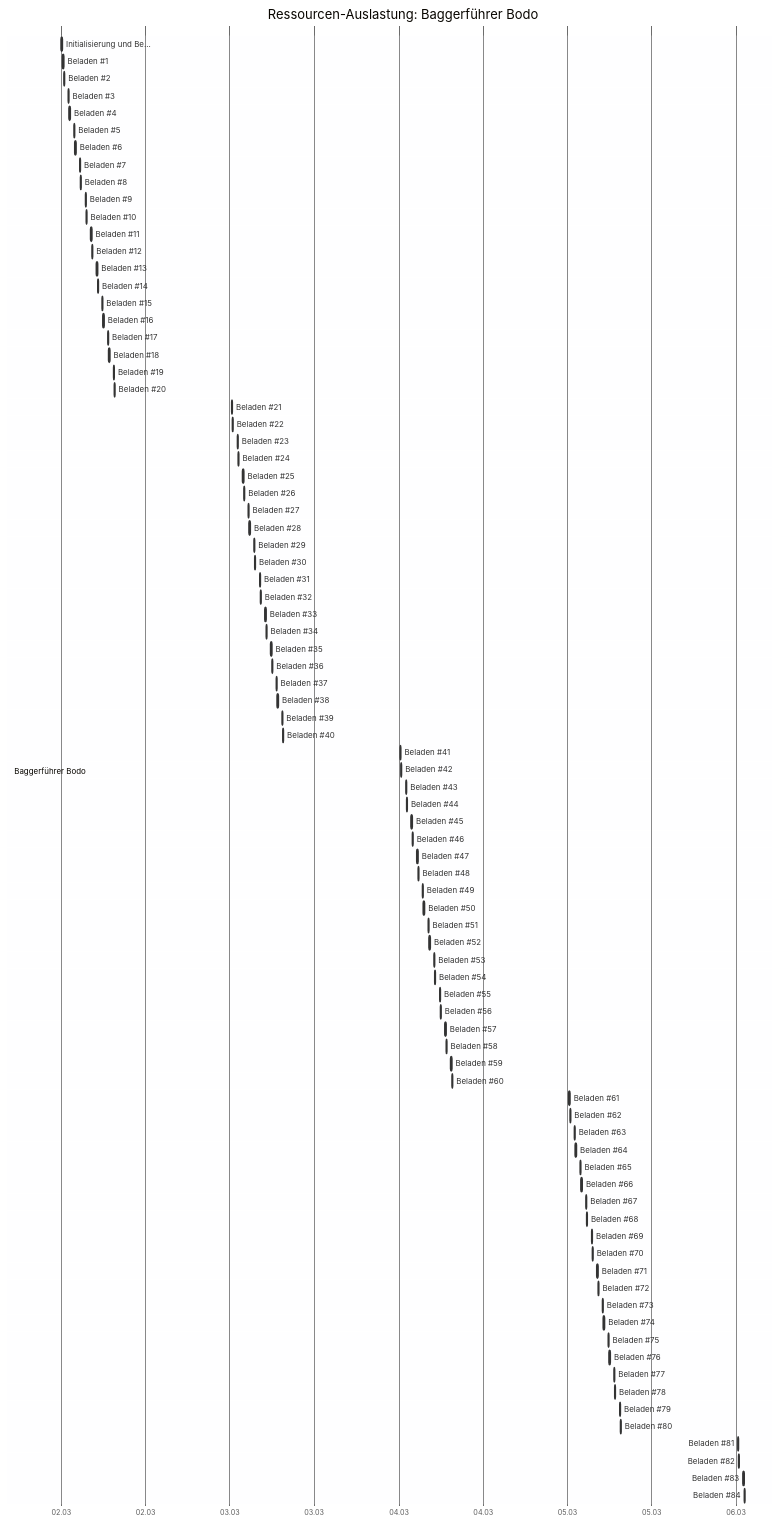
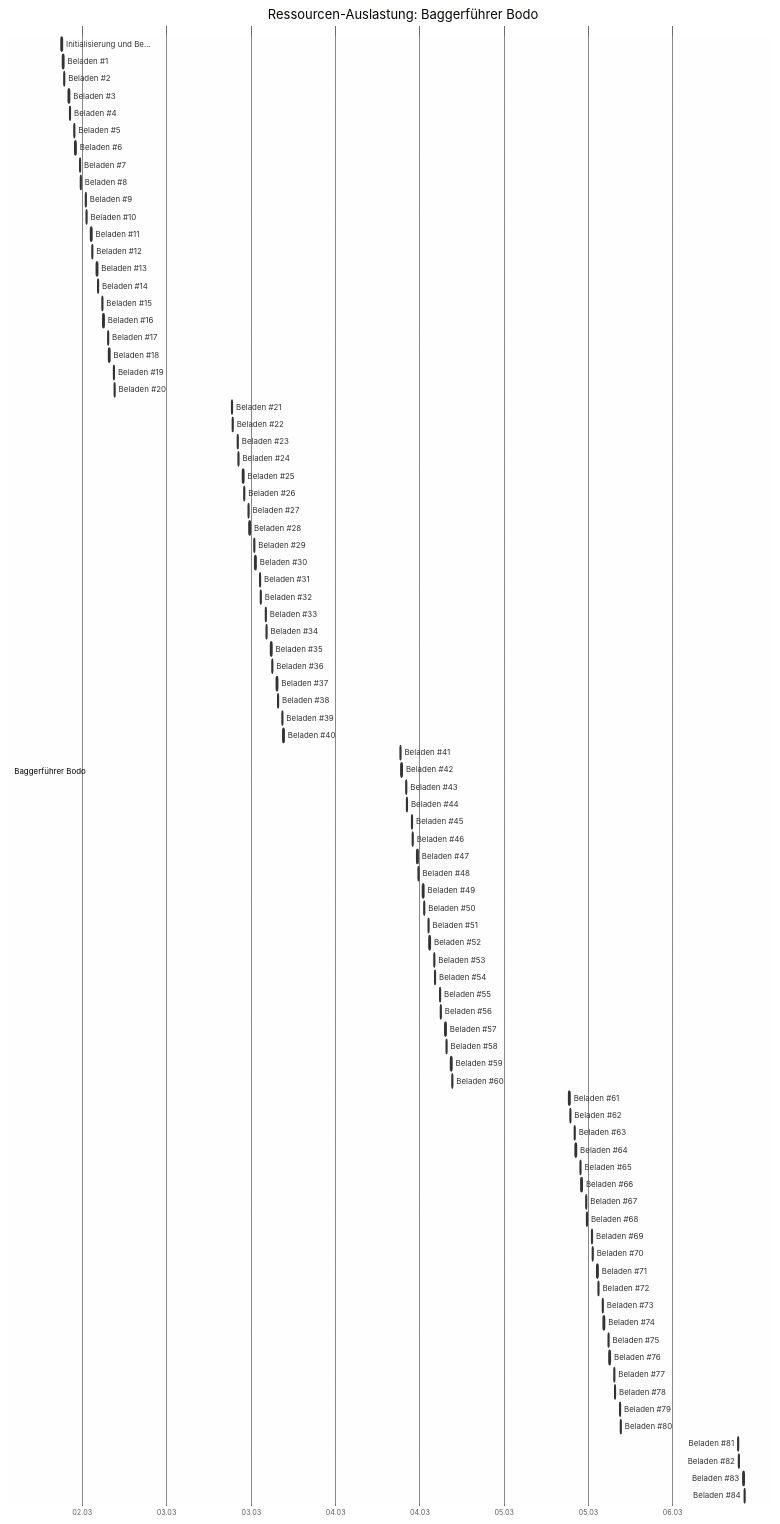
The eighth of 8 diagrams in tests/golden/erdaushub.md (mistamichael/sproject), drawn with Mermaid before and after one commit. The commit also changed other lines of this file and 34 other files, not shown here.

````diff
--- a/tests/golden/erdaushub.md
+++ b/tests/golden/erdaushub.md
@@ -1407,89 +1407,89 @@
 
     section Baggerführer Bodo
 
-    Initialisierung und Be...   :t0, 2026-03-02 00:00, 2026-03-02 00:15
-    Beladen #1                  :t1, 2026-03-02 00:15, 2026-03-02 00:23
-    Beladen #2                  :t2, 2026-03-02 00:23, 2026-03-02 00:30
-    Beladen #3                  :t3, 2026-03-02 01:02, 2026-03-02 01:10
-    Beladen #4                  :t4, 2026-03-02 01:10, 2026-03-02 01:18
-    Beladen #5                  :t5, 2026-03-02 01:50, 2026-03-02 01:58
-    Beladen #6                  :t6, 2026-03-02 01:58, 2026-03-02 02:06
-    Beladen #7                  :t7, 2026-03-02 02:38, 2026-03-02 02:46
-    Beladen #8                  :t8, 2026-03-02 02:46, 2026-03-02 02:54
-    Beladen #9                  :t9, 2026-03-02 03:26, 2026-03-02 03:34
-    Beladen #10                 :t10, 2026-03-02 03:34, 2026-03-02 03:42
-    Beladen #11                 :t11, 2026-03-02 04:14, 2026-03-02 04:23
-    Beladen #12                 :t12, 2026-03-02 04:23, 2026-03-02 04:31
-    Beladen #13                 :t13, 2026-03-02 05:03, 2026-03-02 05:11
-    Beladen #14                 :t14, 2026-03-02 05:11, 2026-03-02 05:19
-    Beladen #15                 :t15, 2026-03-02 05:51, 2026-03-02 05:59
-    Beladen #16                 :t16, 2026-03-02 05:59, 2026-03-02 06:07
-    Beladen #17                 :t17, 2026-03-02 06:39, 2026-03-02 06:47
-    Beladen #18                 :t18, 2026-03-02 06:47, 2026-03-02 06:55
-    Beladen #19                 :t19, 2026-03-02 07:27, 2026-03-02 07:35
-    Beladen #20                 :t20, 2026-03-02 07:35, 2026-03-02 07:43
-    Beladen #21                 :t21, 2026-03-03 00:15, 2026-03-03 00:23
-    Beladen #22                 :t22, 2026-03-03 00:23, 2026-03-03 00:31
-    Beladen #23                 :t23, 2026-03-03 01:03, 2026-03-03 01:11
-    Beladen #24                 :t24, 2026-03-03 01:11, 2026-03-03 01:19
-    Beladen #25                 :t25, 2026-03-03 01:51, 2026-03-03 01:59
-    Beladen #26                 :t26, 2026-03-03 01:59, 2026-03-03 02:06
-    Beladen #27                 :t27, 2026-03-03 02:38, 2026-03-03 02:46
-    Beladen #28                 :t28, 2026-03-03 02:46, 2026-03-03 02:54
-    Beladen #29                 :t29, 2026-03-03 03:26, 2026-03-03 03:34
-    Beladen #30                 :t30, 2026-03-03 03:34, 2026-03-03 03:42
-    Beladen #31                 :t31, 2026-03-03 04:14, 2026-03-03 04:22
-    Beladen #32                 :t32, 2026-03-03 04:22, 2026-03-03 04:30
-    Beladen #33                 :t33, 2026-03-03 05:02, 2026-03-03 05:10
-    Beladen #34                 :t34, 2026-03-03 05:10, 2026-03-03 05:18
-    Beladen #35                 :t35, 2026-03-03 05:50, 2026-03-03 05:58
-    Beladen #36                 :t36, 2026-03-03 05:58, 2026-03-03 06:06
-    Beladen #37                 :t37, 2026-03-03 06:38, 2026-03-03 06:46
-    Beladen #38                 :t38, 2026-03-03 06:46, 2026-03-03 06:54
-    Beladen #39                 :t39, 2026-03-03 07:26, 2026-03-03 07:34
-    Beladen #40                 :t40, 2026-03-03 07:34, 2026-03-03 07:42
-    Beladen #41                 :t41, 2026-03-04 00:14, 2026-03-04 00:22
-    Beladen #42                 :t42, 2026-03-04 00:22, 2026-03-04 00:30
-    Beladen #43                 :t43, 2026-03-04 01:02, 2026-03-04 01:10
-    Beladen #44                 :t44, 2026-03-04 01:10, 2026-03-04 01:18
-    Beladen #45                 :t45, 2026-03-04 01:50, 2026-03-04 01:58
-    Beladen #46                 :t46, 2026-03-04 01:58, 2026-03-04 02:06
-    Beladen #47                 :t47, 2026-03-04 02:38, 2026-03-04 02:46
-    Beladen #48                 :t48, 2026-03-04 02:46, 2026-03-04 02:54
-    Beladen #49                 :t49, 2026-03-04 03:26, 2026-03-04 03:34
-    Beladen #50                 :t50, 2026-03-04 03:34, 2026-03-04 03:42
-    Beladen #51                 :t51, 2026-03-04 04:14, 2026-03-04 04:22
-    Beladen #52                 :t52, 2026-03-04 04:22, 2026-03-04 04:30
-    Beladen #53                 :t53, 2026-03-04 05:02, 2026-03-04 05:10
-    Beladen #54                 :t54, 2026-03-04 05:10, 2026-03-04 05:18
-    Beladen #55                 :t55, 2026-03-04 05:50, 2026-03-04 05:58
-    Beladen #56                 :t56, 2026-03-04 05:58, 2026-03-04 06:06
-    Beladen #57                 :t57, 2026-03-04 06:39, 2026-03-04 06:47
-    Beladen #58                 :t58, 2026-03-04 06:47, 2026-03-04 06:54
-    Beladen #59                 :t59, 2026-03-04 07:27, 2026-03-04 07:35
-    Beladen #60                 :t60, 2026-03-04 07:35, 2026-03-04 07:43
-    Beladen #61                 :t61, 2026-03-05 00:15, 2026-03-05 00:23
-    Beladen #62                 :t62, 2026-03-05 00:23, 2026-03-05 00:31
-    Beladen #63                 :t63, 2026-03-05 01:03, 2026-03-05 01:11
-    Beladen #64                 :t64, 2026-03-05 01:11, 2026-03-05 01:19
-    Beladen #65                 :t65, 2026-03-05 01:51, 2026-03-05 01:59
-    Beladen #66                 :t66, 2026-03-05 01:59, 2026-03-05 02:07
-    Beladen #67                 :t67, 2026-03-05 02:39, 2026-03-05 02:47
-    Beladen #68                 :t68, 2026-03-05 02:47, 2026-03-05 02:55
-    Beladen #69                 :t69, 2026-03-05 03:27, 2026-03-05 03:35
-    Beladen #70                 :t70, 2026-03-05 03:35, 2026-03-05 03:43
-    Beladen #71                 :t71, 2026-03-05 04:15, 2026-03-05 04:23
-    Beladen #72                 :t72, 2026-03-05 04:23, 2026-03-05 04:31
-    Beladen #73                 :t73, 2026-03-05 05:03, 2026-03-05 05:11
-    Beladen #74                 :t74, 2026-03-05 05:11, 2026-03-05 05:19
-    Beladen #75                 :t75, 2026-03-05 05:51, 2026-03-05 05:59
-    Beladen #76                 :t76, 2026-03-05 05:59, 2026-03-05 06:07
-    Beladen #77                 :t77, 2026-03-05 06:39, 2026-03-05 06:47
-    Beladen #78                 :t78, 2026-03-05 06:47, 2026-03-05 06:55
-    Beladen #79                 :t79, 2026-03-05 07:27, 2026-03-05 07:35
-    Beladen #80                 :t80, 2026-03-05 07:35, 2026-03-05 07:43
-    Beladen #81                 :t81, 2026-03-06 00:15, 2026-03-06 00:23
-    Beladen #82                 :t82, 2026-03-06 00:23, 2026-03-06 00:31
-    Beladen #83                 :t83, 2026-03-06 01:03, 2026-03-06 01:11
-    Beladen #84                 :t84, 2026-03-06 01:11, 2026-03-06 01:19
+    Initialisierung und Be...   :t0, 2026-03-02 09:00, 2026-03-02 09:15
+    Beladen #1                  :t1, 2026-03-02 09:15, 2026-03-02 09:23
+    Beladen #2                  :t2, 2026-03-02 09:23, 2026-03-02 09:31
+    Beladen #3                  :t3, 2026-03-02 10:03, 2026-03-02 10:11
+    Beladen #4                  :t4, 2026-03-02 10:11, 2026-03-02 10:19
+    Beladen #5                  :t5, 2026-03-02 10:51, 2026-03-02 10:59
+    Beladen #6                  :t6, 2026-03-02 10:59, 2026-03-02 11:07
+    Beladen #7                  :t7, 2026-03-02 11:39, 2026-03-02 11:47
+    Beladen #8                  :t8, 2026-03-02 11:47, 2026-03-02 11:55
+    Beladen #9                  :t9, 2026-03-02 12:27, 2026-03-02 12:35
+    Beladen #10                 :t10, 2026-03-02 12:35, 2026-03-02 12:43
+    Beladen #11                 :t11, 2026-03-02 13:15, 2026-03-02 13:23
+    Beladen #12                 :t12, 2026-03-02 13:23, 2026-03-02 13:31
+    Beladen #13                 :t13, 2026-03-02 14:03, 2026-03-02 14:11
+    Beladen #14                 :t14, 2026-03-02 14:11, 2026-03-02 14:19
+    Beladen #15                 :t15, 2026-03-02 14:51, 2026-03-02 14:59
+    Beladen #16                 :t16, 2026-03-02 14:59, 2026-03-02 15:07
+    Beladen #17                 :t17, 2026-03-02 15:39, 2026-03-02 15:47
+    Beladen #18                 :t18, 2026-03-02 15:47, 2026-03-02 15:55
+    Beladen #19                 :t19, 2026-03-02 16:27, 2026-03-02 16:35
+    Beladen #20                 :t20, 2026-03-02 16:35, 2026-03-02 16:43
+    Beladen #21                 :t21, 2026-03-03 09:15, 2026-03-03 09:23
+    Beladen #22                 :t22, 2026-03-03 09:23, 2026-03-03 09:31
+    Beladen #23                 :t23, 2026-03-03 10:03, 2026-03-03 10:11
+    Beladen #24                 :t24, 2026-03-03 10:11, 2026-03-03 10:19
+    Beladen #25                 :t25, 2026-03-03 10:51, 2026-03-03 10:59
+    Beladen #26                 :t26, 2026-03-03 10:59, 2026-03-03 11:07
+    Beladen #27                 :t27, 2026-03-03 11:39, 2026-03-03 11:47
+    Beladen #28                 :t28, 2026-03-03 11:47, 2026-03-03 11:55
+    Beladen #29                 :t29, 2026-03-03 12:27, 2026-03-03 12:35
+    Beladen #30                 :t30, 2026-03-03 12:35, 2026-03-03 12:43
+    Beladen #31                 :t31, 2026-03-03 13:15, 2026-03-03 13:23
+    Beladen #32                 :t32, 2026-03-03 13:23, 2026-03-03 13:31
+    Beladen #33                 :t33, 2026-03-03 14:03, 2026-03-03 14:11
+    Beladen #34                 :t34, 2026-03-03 14:11, 2026-03-03 14:19
+    Beladen #35                 :t35, 2026-03-03 14:51, 2026-03-03 14:59
+    Beladen #36                 :t36, 2026-03-03 14:59, 2026-03-03 15:07
+    Beladen #37                 :t37, 2026-03-03 15:39, 2026-03-03 15:47
+    Beladen #38                 :t38, 2026-03-03 15:47, 2026-03-03 15:55
+    Beladen #39                 :t39, 2026-03-03 16:27, 2026-03-03 16:35
+    Beladen #40                 :t40, 2026-03-03 16:35, 2026-03-03 16:43
+    Beladen #41                 :t41, 2026-03-04 09:15, 2026-03-04 09:23
+    Beladen #42                 :t42, 2026-03-04 09:23, 2026-03-04 09:31
+    Beladen #43                 :t43, 2026-03-04 10:03, 2026-03-04 10:11
+    Beladen #44                 :t44, 2026-03-04 10:11, 2026-03-04 10:19
+    Beladen #45                 :t45, 2026-03-04 10:51, 2026-03-04 10:59
+    Beladen #46                 :t46, 2026-03-04 10:59, 2026-03-04 11:07
+    Beladen #47                 :t47, 2026-03-04 11:39, 2026-03-04 11:47
+    Beladen #48                 :t48, 2026-03-04 11:47, 2026-03-04 11:55
+    Beladen #49                 :t49, 2026-03-04 12:27, 2026-03-04 12:35
+    Beladen #50                 :t50, 2026-03-04 12:35, 2026-03-04 12:43
+    Beladen #51                 :t51, 2026-03-04 13:15, 2026-03-04 13:23
+    Beladen #52                 :t52, 2026-03-04 13:23, 2026-03-04 13:31
+    Beladen #53                 :t53, 2026-03-04 14:03, 2026-03-04 14:11
+    Beladen #54                 :t54, 2026-03-04 14:11, 2026-03-04 14:19
+    Beladen #55                 :t55, 2026-03-04 14:51, 2026-03-04 14:59
+    Beladen #56                 :t56, 2026-03-04 14:59, 2026-03-04 15:07
+    Beladen #57                 :t57, 2026-03-04 15:39, 2026-03-04 15:47
+    Beladen #58                 :t58, 2026-03-04 15:47, 2026-03-04 15:55
+    Beladen #59                 :t59, 2026-03-04 16:27, 2026-03-04 16:35
+    Beladen #60                 :t60, 2026-03-04 16:35, 2026-03-04 16:43
+    Beladen #61                 :t61, 2026-03-05 09:15, 2026-03-05 09:23
+    Beladen #62                 :t62, 2026-03-05 09:23, 2026-03-05 09:31
+    Beladen #63                 :t63, 2026-03-05 10:03, 2026-03-05 10:11
+    Beladen #64                 :t64, 2026-03-05 10:11, 2026-03-05 10:19
+    Beladen #65                 :t65, 2026-03-05 10:51, 2026-03-05 10:59
+    Beladen #66                 :t66, 2026-03-05 10:59, 2026-03-05 11:07
+    Beladen #67                 :t67, 2026-03-05 11:39, 2026-03-05 11:47
+    Beladen #68                 :t68, 2026-03-05 11:47, 2026-03-05 11:55
+    Beladen #69                 :t69, 2026-03-05 12:27, 2026-03-05 12:35
+    Beladen #70                 :t70, 2026-03-05 12:35, 2026-03-05 12:43
+    Beladen #71                 :t71, 2026-03-05 13:15, 2026-03-05 13:23
+    Beladen #72                 :t72, 2026-03-05 13:23, 2026-03-05 13:31
+    Beladen #73                 :t73, 2026-03-05 14:03, 2026-03-05 14:11
+    Beladen #74                 :t74, 2026-03-05 14:11, 2026-03-05 14:19
+    Beladen #75                 :t75, 2026-03-05 14:51, 2026-03-05 14:59
+    Beladen #76                 :t76, 2026-03-05 14:59, 2026-03-05 15:07
+    Beladen #77                 :t77, 2026-03-05 15:39, 2026-03-05 15:47
+    Beladen #78                 :t78, 2026-03-05 15:47, 2026-03-05 15:55
+    Beladen #79                 :t79, 2026-03-05 16:27, 2026-03-05 16:35
+    Beladen #80                 :t80, 2026-03-05 16:35, 2026-03-05 16:43
+    Beladen #81                 :t81, 2026-03-06 09:15, 2026-03-06 09:23
+    Beladen #82                 :t82, 2026-03-06 09:23, 2026-03-06 09:31
+    Beladen #83                 :t83, 2026-03-06 10:03, 2026-03-06 10:11
+    Beladen #84                 :t84, 2026-03-06 10:11, 2026-03-06 10:19
 ```
````
